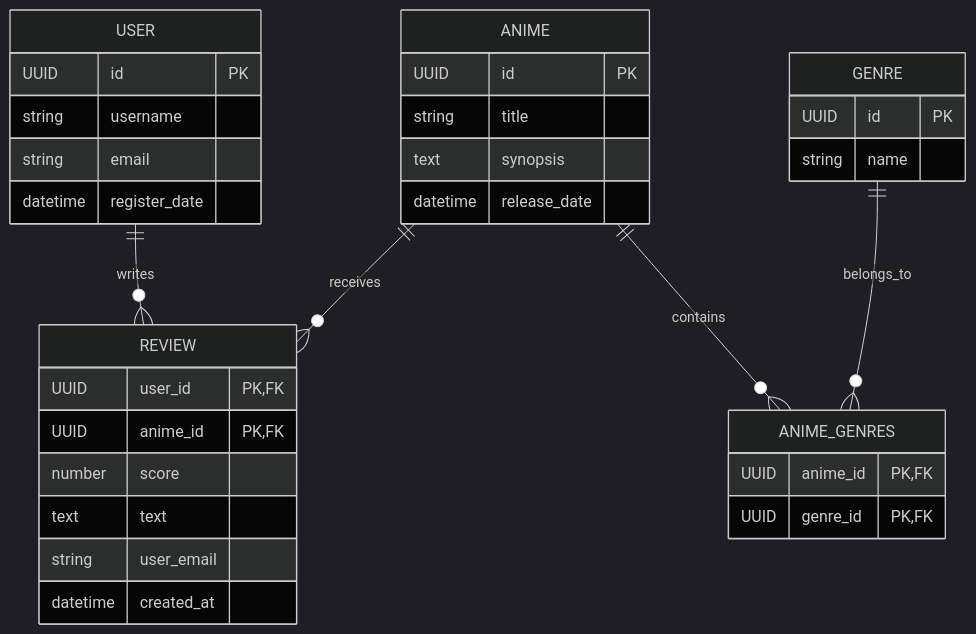
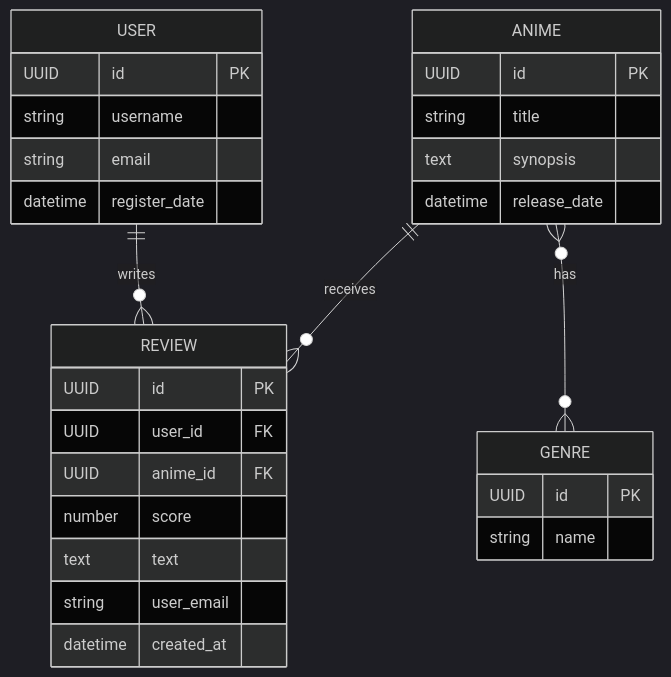
One commit to SpikyCactus7/anime-tracking-system changed the diagram in model.md. Above: the diagram before and after it, drawn with Mermaid (dark theme). The commit also changed 2 other files, not shown here.

Commit message:
Replaced junction table with M:N relation and added UUID to review

````diff
--- a/model.md
+++ b/model.md
@@ -1,40 +1,35 @@
 ```mermaid
 erDiagram
     USER {
         UUID id PK
         string username
         string email
         datetime register_date
     }
 
     ANIME {
         UUID id PK
         string title
         text synopsis
         datetime release_date
     }
 
     REVIEW {
-        UUID user_id PK, FK
-        UUID anime_id PK, FK
+        UUID id PK
+        UUID user_id FK
+        UUID anime_id FK
         number score
         text text
         string user_email
         datetime created_at
     }
 
     GENRE {
         UUID id PK
         string name
     }
 
-    ANIME_GENRES {
-        UUID anime_id PK, FK
-        UUID genre_id PK, FK
-    }
-
     USER ||--o{ REVIEW : writes
     ANIME ||--o{ REVIEW : receives
-    ANIME ||--o{ ANIME_GENRES : contains
-    GENRE ||--o{ ANIME_GENRES : belongs_to
+    ANIME }o--o{ GENRE : has
 ```
````
